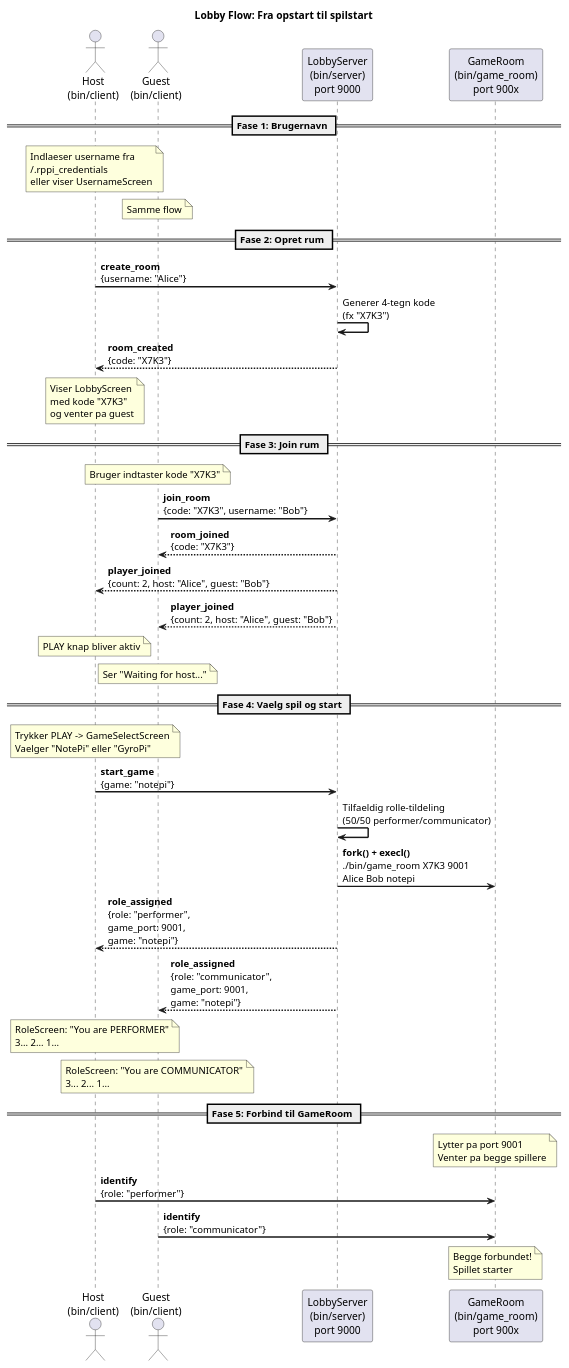
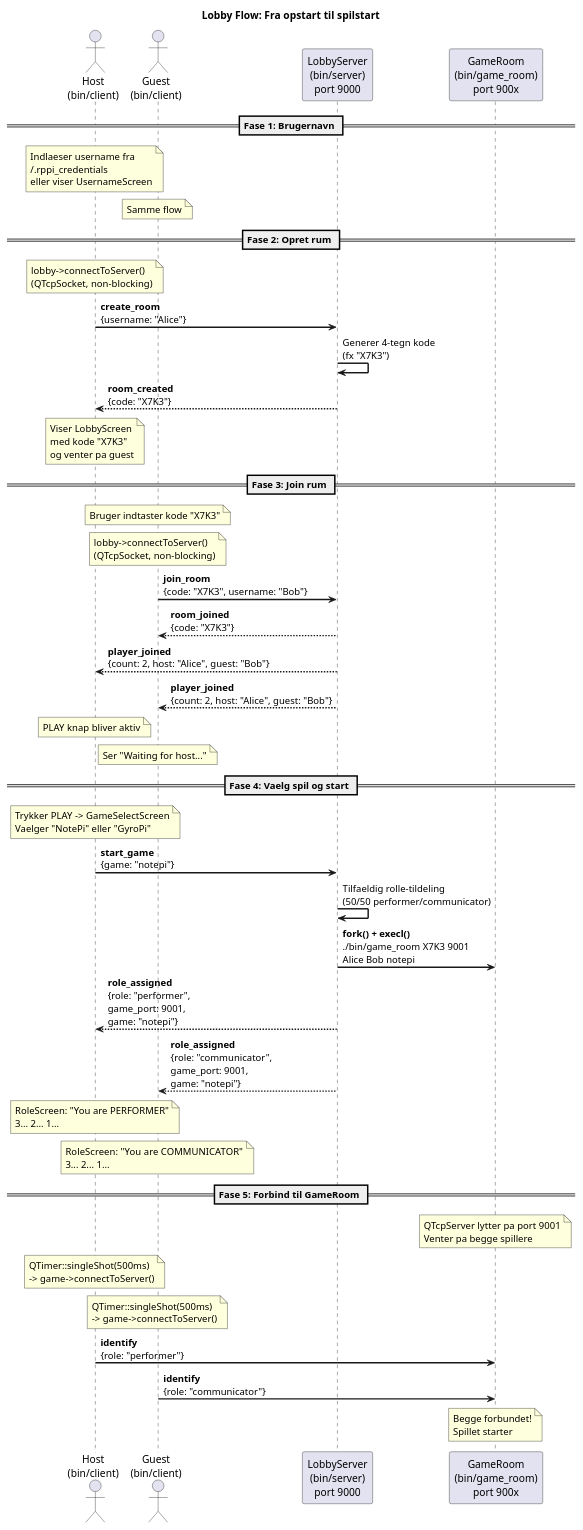
Before and after one commit to MaltheWinther/ClaudeCode: the diagram in rppi/docs/sequence-lobby.puml, drawn with PlantUML. The commit also changed 14 other files, not shown here.

First line of the commit message:
Update docs and diagrams for Qt Network migration, add system sequence diagram

```diff
--- a/rppi/docs/sequence-lobby.puml
+++ b/rppi/docs/sequence-lobby.puml
@@ -1,54 +1,58 @@
 @startuml Lobby Flow - Opret rum og start spil
 
 title Lobby Flow: Fra opstart til spilstart
 
 skinparam sequenceArrowThickness 2
 skinparam participantPadding 20
 
 actor "Host\n(bin/client)" as H
 actor "Guest\n(bin/client)" as G
 participant "LobbyServer\n(bin/server)\nport 9000" as LS
 participant "GameRoom\n(bin/game_room)\nport 900x" as GR
 
 == Fase 1: Brugernavn ==
 note over H: Indlaeser username fra\n~/.rppi_credentials\neller viser UsernameScreen
 
 note over G: Samme flow
 
 == Fase 2: Opret rum ==
+note over H: lobby->connectToServer()\n(QTcpSocket, non-blocking)
 H -> LS: **create_room**\n{username: "Alice"}
 LS -> LS: Generer 4-tegn kode\n(fx "X7K3")
 LS --> H: **room_created**\n{code: "X7K3"}
 note over H: Viser LobbyScreen\nmed kode "X7K3"\nog venter pa guest
 
 == Fase 3: Join rum ==
 note over G: Bruger indtaster kode "X7K3"
+note over G: lobby->connectToServer()\n(QTcpSocket, non-blocking)
 G -> LS: **join_room**\n{code: "X7K3", username: "Bob"}
 LS --> G: **room_joined**\n{code: "X7K3"}
 LS --> H: **player_joined**\n{count: 2, host: "Alice", guest: "Bob"}
 LS --> G: **player_joined**\n{count: 2, host: "Alice", guest: "Bob"}
 note over H: PLAY knap bliver aktiv
 note over G: Ser "Waiting for host..."
 
 == Fase 4: Vaelg spil og start ==
 note over H: Trykker PLAY -> GameSelectScreen\nVaelger "NotePi" eller "GyroPi"
 H -> LS: **start_game**\n{game: "notepi"}
 
 LS -> LS: Tilfaeldig rolle-tildeling\n(50/50 performer/communicator)
 LS -> GR: **fork() + execl()**\n./bin/game_room X7K3 9001\nAlice Bob notepi
 
 LS --> H: **role_assigned**\n{role: "performer",\ngame_port: 9001,\ngame: "notepi"}
 LS --> G: **role_assigned**\n{role: "communicator",\ngame_port: 9001,\ngame: "notepi"}
 
 note over H: RoleScreen: "You are PERFORMER"\n3... 2... 1...
 note over G: RoleScreen: "You are COMMUNICATOR"\n3... 2... 1...
 
 == Fase 5: Forbind til GameRoom ==
-note over GR: Lytter pa port 9001\nVenter pa begge spillere
+note over GR: QTcpServer lytter pa port 9001\nVenter pa begge spillere
+note over H: QTimer::singleShot(500ms)\n-> game->connectToServer()
+note over G: QTimer::singleShot(500ms)\n-> game->connectToServer()
 
 H -> GR: **identify**\n{role: "performer"}
 G -> GR: **identify**\n{role: "communicator"}
 
 note over GR: Begge forbundet!\nSpillet starter
 
 @enduml
```
